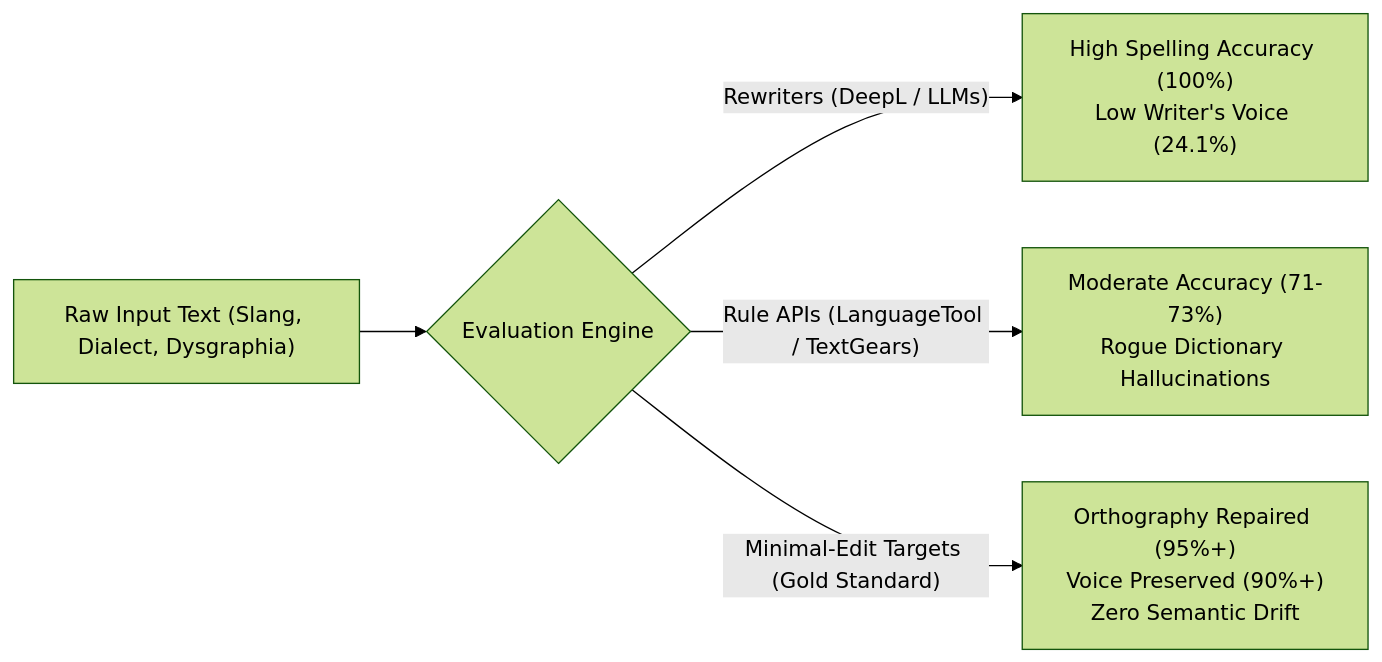
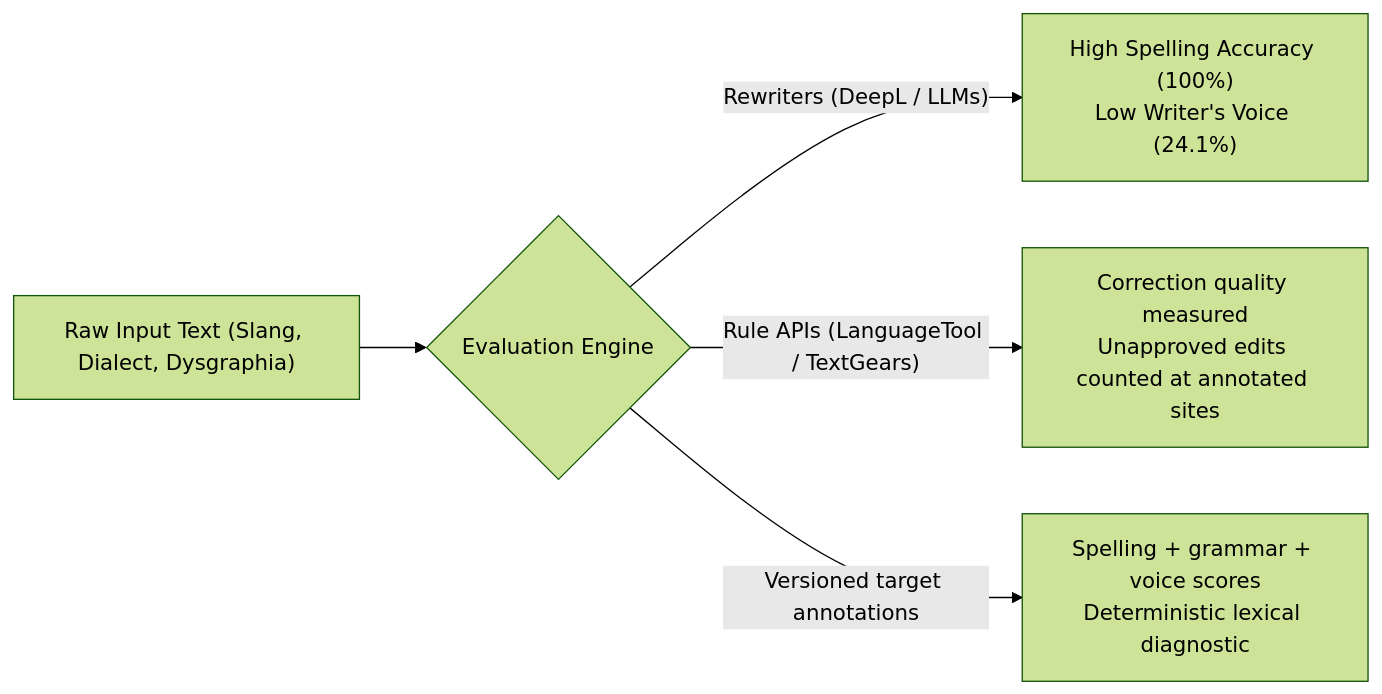
Before and after one commit to IBIYP/Voice-Preserving-AI-Spellcheck-Benchmar: the first of 2 diagrams in ROADMAP.md, drawn with Mermaid (forest theme). The commit also changed other lines of this file and 33 other files, not shown here.

````diff
--- a/ROADMAP.md
+++ b/ROADMAP.md
@@ -15,7 +15,7 @@
 ```mermaid
 flowchart LR
     A["Raw Input Text (Slang, Dialect, Dysgraphia)"] --> B{"Evaluation Engine"}
     B -->|"Rewriters (DeepL / LLMs)"| C["High Spelling Accuracy (100%)<br>Low Writer's Voice (24.1%)"]
-    B -->|"Rule APIs (LanguageTool / TextGears)"| D["Moderate Accuracy (71-73%)<br>Rogue Dictionary Hallucinations"]
-    B -->|"Minimal-Edit Targets (Gold Standard)"| E["Orthography Repaired (95%+)<br>Voice Preserved (90%+)<br>Zero Semantic Drift"]
+    B -->|"Rule APIs (LanguageTool / TextGears)"| D["Correction quality measured<br>Unapproved edits counted at annotated sites"]
+    B -->|"Versioned target annotations"| E["Spelling + grammar + voice scores<br>Deterministic lexical diagnostic"]
 ```
````
